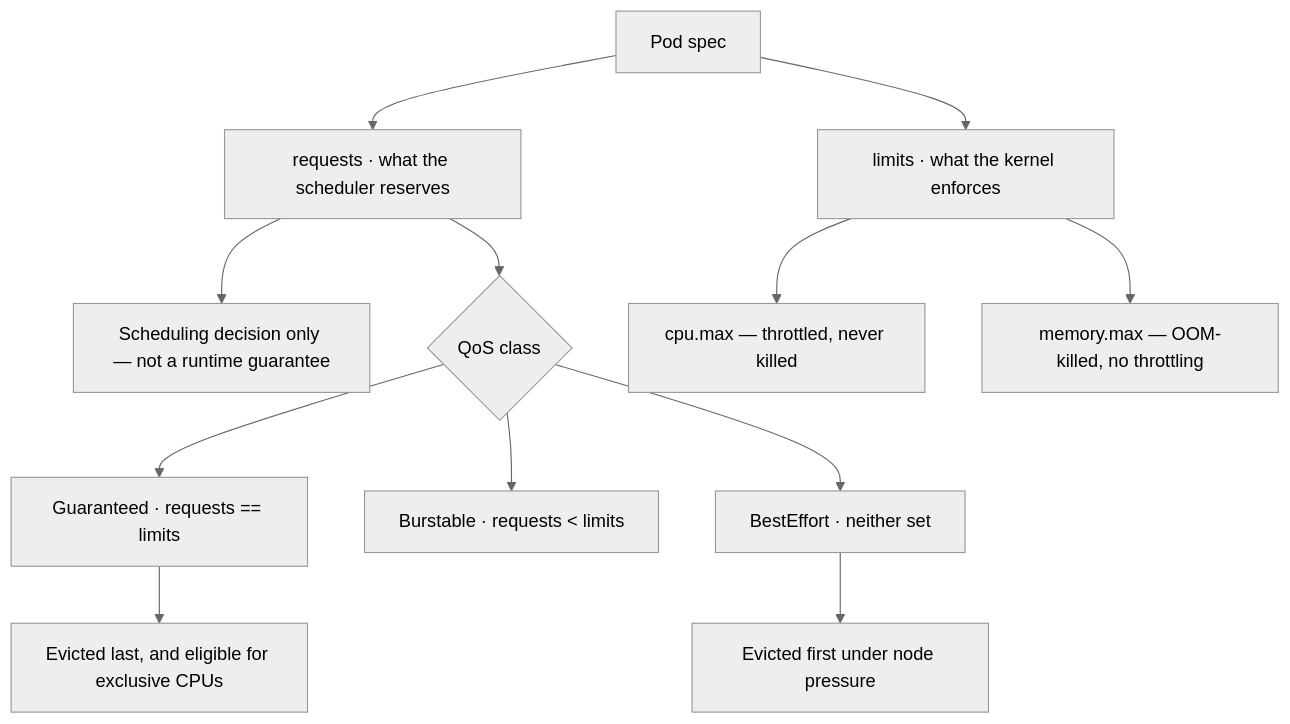
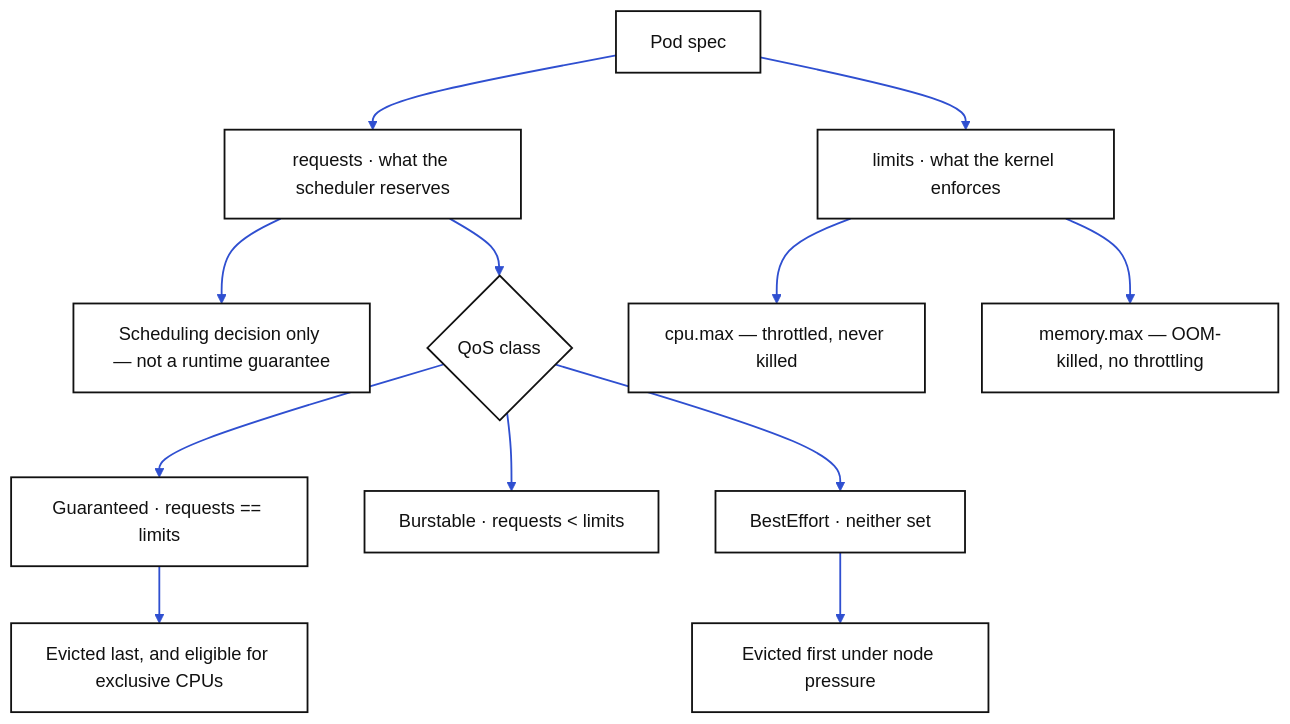
One commit to kkanakka/kkanakka.github.io changed the diagram in diagrams-src/k8s-res/architecture.mmd. Above: the diagram before and after it, drawn with Mermaid (neutral theme). The commit also changed 115 other files, not shown here.

First line of the commit message:
Restyle architecture diagrams: black on white, blue sync, purple async

```diff
--- a/diagrams-src/k8s-res/architecture.mmd
+++ b/diagrams-src/k8s-res/architecture.mmd
@@ -1,14 +1,18 @@
 %% section: Requests, limits, and what they do in the kernel
 %% caption: Requests, limits and QoS
 flowchart TB
     POD["Pod spec"] --> REQ["requests · what the scheduler reserves"]
     POD --> LIM["limits · what the kernel enforces"]
     REQ --> SCHED["Scheduling decision only — not a runtime guarantee"]
     LIM --> CPU["cpu.max — throttled, never killed"]
     LIM --> MEM["memory.max — OOM-killed, no throttling"]
     REQ --> QOS{"QoS class"}
     QOS --> G["Guaranteed · requests == limits"]
     QOS --> B["Burstable · requests < limits"]
     QOS --> BE["BestEffort · neither set"]
     BE --> EVICT["Evicted first under node pressure"]
     G --> LAST["Evicted last, and eligible for exclusive CPUs"]
+%% --- style (generated by scripts/style-flowcharts.js) ---
+    classDef n fill:#ffffff,stroke:#111111,stroke-width:1.6px,color:#111111;
+    class POD,REQ,LIM,SCHED,CPU,MEM,QOS,G,B,BE,EVICT,LAST n;
+    linkStyle 0,1,2,3,4,5,6,7,8,9,10 stroke:#2f4fd0,stroke-width:1.6px;
```
